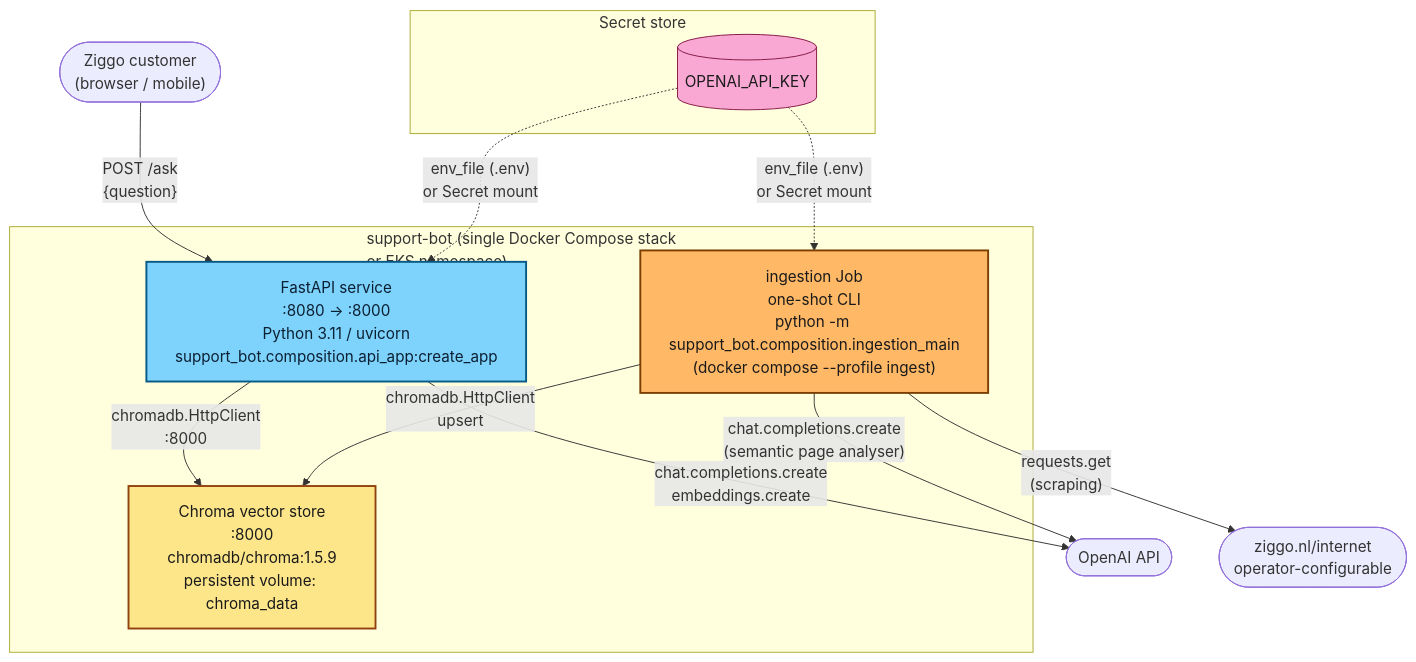
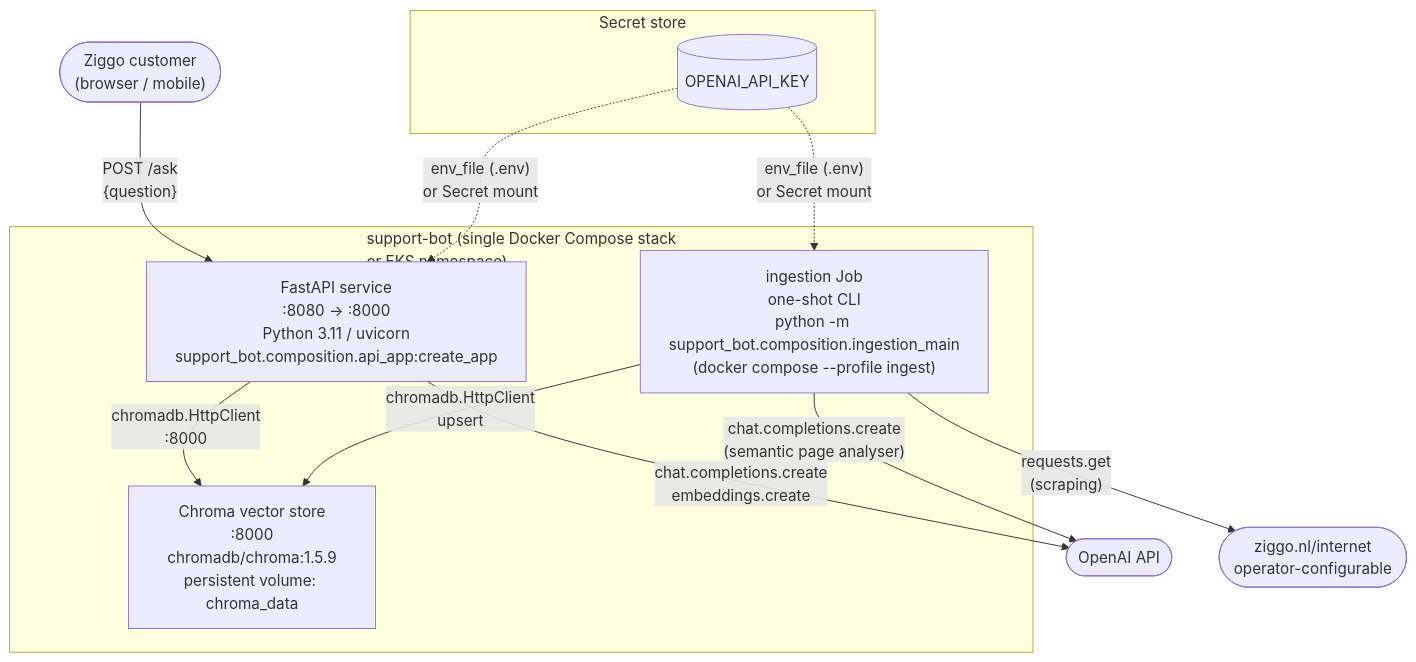
One commit to bruj0/support-agent changed the diagram in docs/c4/2-containers.md. Above: the diagram before and after it, drawn with Mermaid. The commit also changed 11 other files, not shown here.

First line of the commit message:
fix(docs): revert all Mermaid classDef overrides; use default theme

````diff
--- a/docs/c4/2-containers.md
+++ b/docs/c4/2-containers.md
@@ -9,36 +9,28 @@
 ```mermaid
 flowchart TB
     U(["Ziggo customer<br/>(browser / mobile)"])
 
     subgraph CLUSTER["support-bot (single Docker Compose stack<br/>or EKS namespace)"]
         API["FastAPI service<br/>:8080 → :8000<br/>Python 3.11 / uvicorn<br/>support_bot.composition.api_app:create_app"]
 
         ING["ingestion Job<br/>one-shot CLI<br/>python -m support_bot.composition.ingestion_main<br/>(docker compose --profile ingest)"]
 
         CHR["Chroma vector store<br/>:8000<br/>chromadb/chroma:1.5.9<br/>persistent volume: chroma_data"]
     end
 
     subgraph SECRETS["Secret store"]
         OAI_KEY[("OPENAI_API_KEY")]
     end
 
     U -->|"POST /ask<br/>{question}"| API
     API -->|"chat.completions.create<br/>embeddings.create"| OAI(["OpenAI API"])
     API -->|"chromadb.HttpClient<br/>:8000"| CHR
 
     ING -->|"requests.get<br/>(scraping)"| SRC(["ziggo.nl/internet<br/>operator-configurable"])
     ING -->|"chat.completions.create<br/>(semantic page analyser)"| OAI
     ING -->|"chromadb.HttpClient<br/>upsert"| CHR
 
     OAI_KEY -.->|"env_file (.env)<br/>or Secret mount"| API
     OAI_KEY -.->|"env_file (.env)<br/>or Secret mount"| ING
 
-    classDef api fill:#7dd3fc,stroke:#075985,stroke-width:2px,color:#0c1f33;
-    classDef job fill:#ffb866,stroke:#7a3e00,stroke-width:2px,color:#1a1a1a;
-    classDef store fill:#fde68a,stroke:#92400e,stroke-width:2px,color:#1a1a1a;
-    classDef sec fill:#f9a8d4,stroke:#831843,stroke-width:1px,color:#1a1a1a;
-    class API api;
-    class ING job;
-    class CHR store;
-    class OAI_KEY sec;
 ```
````
